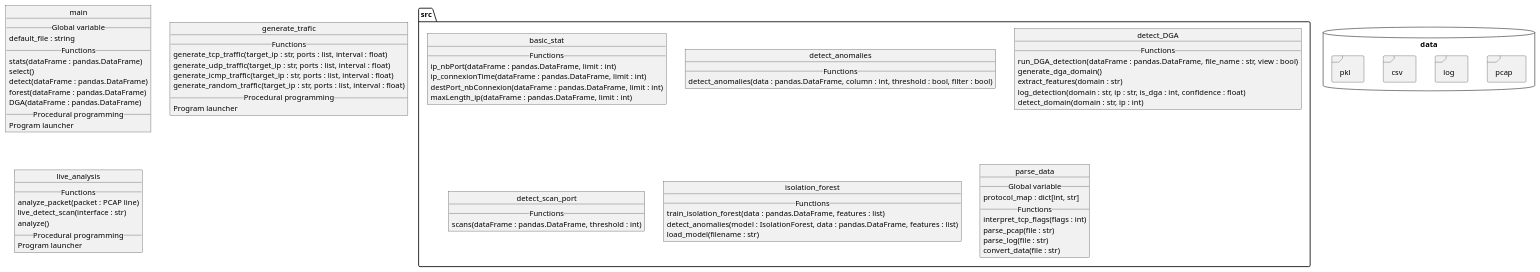
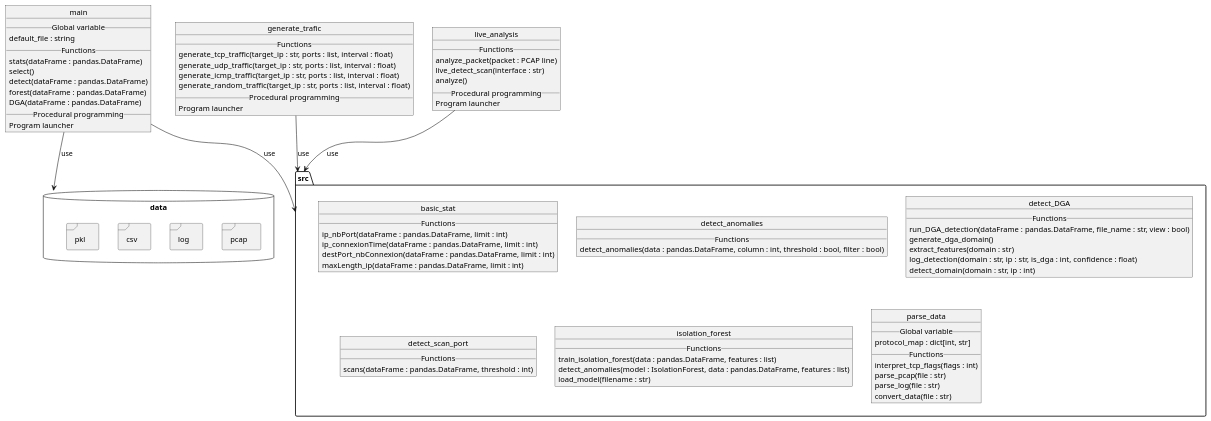
One commit to Julien3556/Projet_Analyse_Traffic_Reseaux changed the diagram in documentation/UML.puml. Above: the diagram before and after it, drawn with PlantUML.

Commit message:
Update UML diagram to include dependencies between main, live_analysis, generate_trafic, and data

```diff
--- a/documentation/UML.puml
+++ b/documentation/UML.puml
@@ -1,97 +1,104 @@
 @startuml
 database "data"{
     frame "pcap"{
     }
     frame "log"{
     }
     frame "csv"{
     }
     frame "pkl"{
     }
 }
 
 package src{
     object basic_stat{
         __Functions__
         ip_nbPort(dataFrame : pandas.DataFrame, limit : int)
         ip_connexionTime(dataFrame : pandas.DataFrame, limit : int)
         destPort_nbConnexion(dataFrame : pandas.DataFrame, limit : int)
         maxLength_ip(dataFrame : pandas.DataFrame, limit : int)
     }
 
     object detect_anomalies{
         __Functions__
         detect_anomalies(data : pandas.DataFrame, column : int, threshold : bool, filter : bool)
     }
 
     object detect_DGA{
         __Functions__
         run_DGA_detection(dataFrame : pandas.DataFrame, file_name : str, view : bool)
         generate_dga_domain()
         extract_features(domain : str)
         log_detection(domain : str, ip : str, is_dga : int, confidence : float)
         detect_domain(domain : str, ip : int)
     }
 
     object detect_scan_port{
         __Functions__
         scans(dataFrame : pandas.DataFrame, threshold : int)
     }
 
     object isolation_forest{
         __Functions__
         train_isolation_forest(data : pandas.DataFrame, features : list)
         detect_anomalies(model : IsolationForest, data : pandas.DataFrame, features : list)
         load_model(filename : str)
     }
 
     object parse_data{
         __Global variable__
         protocol_map : dict[int, str]
         __Functions__
         interpret_tcp_flags(flags : int)
         parse_pcap(file : str)
         parse_log(file : str)
         convert_data(file : str)
     }
 } 
 
 
 
     
 
 
 object main{
     __Global variable__
     default_file : string
     __Functions__
     stats(dataFrame : pandas.DataFrame)
     select()
     detect(dataFrame : pandas.DataFrame)
     forest(dataFrame : pandas.DataFrame)
     DGA(dataFrame : pandas.DataFrame)
     __Procedural programming__
     Program launcher
 }
 
 object generate_trafic{
     __Functions__
     generate_tcp_traffic(target_ip : str, ports : list, interval : float)
     generate_udp_traffic(target_ip : str, ports : list, interval : float)
     generate_icmp_traffic(target_ip : str, ports : list, interval : float)
     generate_random_traffic(target_ip : str, ports : list, interval : float)
     __Procedural programming__
     Program launcher
 }
 
 object live_analysis{
     __Functions__
     analyze_packet(packet : PCAP line)
     live_detect_scan(interface : str)
     analyze()
     __Procedural programming__
     Program launcher
 }
 
+' Dépendances
+main --> src : "use"
+live_analysis --> src : "use"
+generate_trafic --> src : "use"
+
+main --> data : "use"
+
 
 @enduml
```
